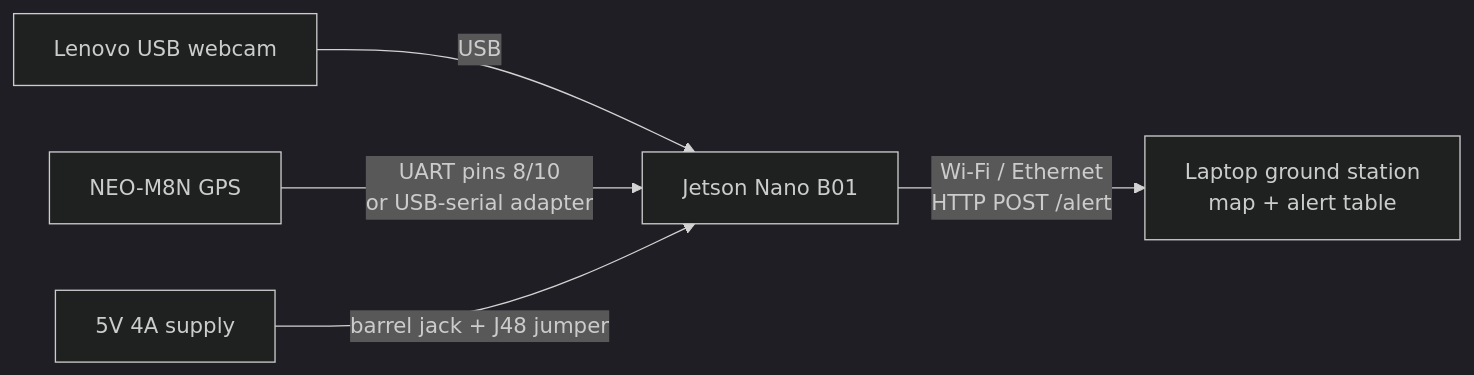
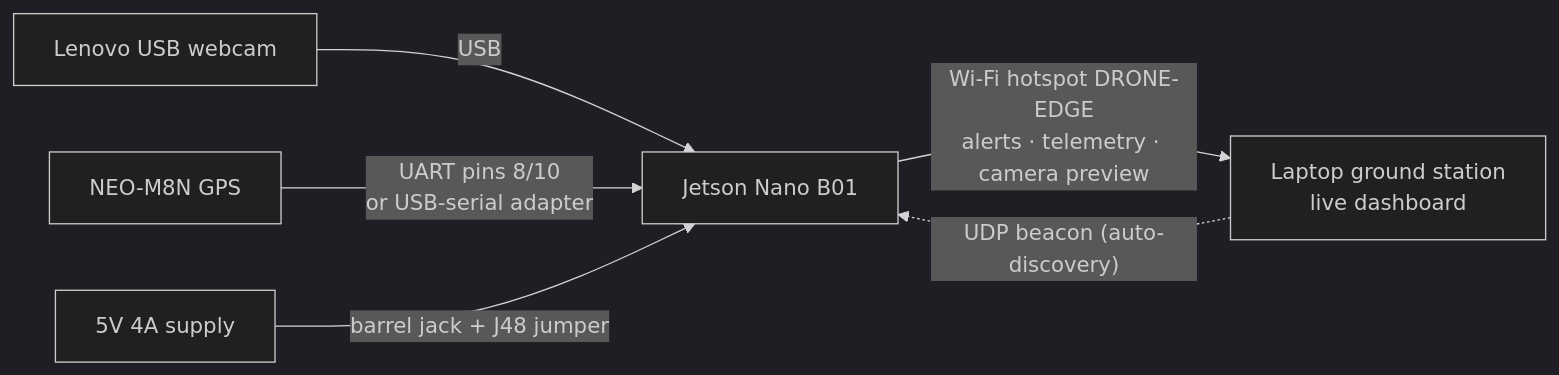
The diagram in JETSON.md (Oscar-man-shrestha/Edge_Disasted_Detection), drawn with Mermaid (dark theme) before and after one commit. The commit also changed other lines of this file and 4 other files, not shown here.

Commit message:
docs+jetson: field hotspot, ground station v2 docs

````diff
--- a/JETSON.md
+++ b/JETSON.md
@@ -17,7 +17,8 @@
 ```mermaid
 flowchart LR
   CAM[Lenovo USB webcam] -- USB --> NANO[Jetson Nano B01]
   GPS[NEO-M8N GPS] -- "UART pins 8/10<br/>or USB-serial adapter" --> NANO
   PSU[5V 4A supply] -- barrel jack + J48 jumper --> NANO
-  NANO -- "Wi-Fi / Ethernet<br/>HTTP POST /alert" --> GS[Laptop ground station<br/>map + alert table]
+  NANO -- "Wi-Fi hotspot DRONE-EDGE<br/>alerts · telemetry · camera preview" --> GS[Laptop ground station<br/>live dashboard]
+  GS -. "UDP beacon (auto-discovery)" .-> NANO
 ```
````
